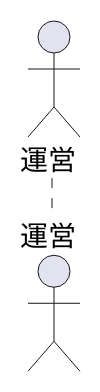
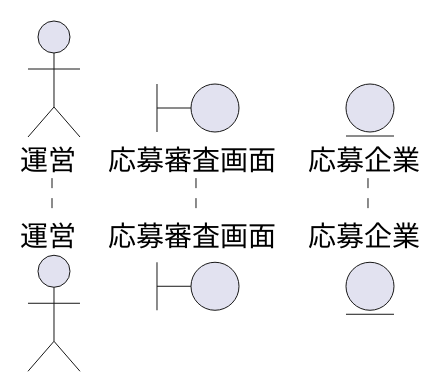
The diagram in sequence_fig/9_management_fn/1_応募審査をする.pu (irukacb256/high_Me), drawn with PlantUML before and after one commit. The commit also changed 4 other files, not shown here.

```diff
--- a/sequence_fig/9_management_fn/1_応募審査をする.pu
+++ b/sequence_fig/9_management_fn/1_応募審査をする.pu
@@ -1,6 +1,10 @@
 @startuml 応募審査をする
 
 actor 運営 as mm1
 
+boundary 応募審査画面 as ap1
+
+entity 応募企業 as ca1
+
 
 @enduml
```
